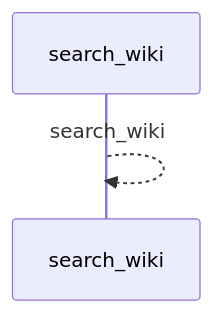
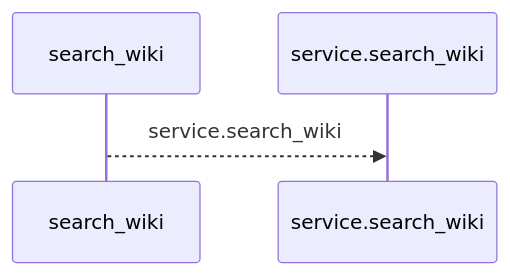
One commit to Denissvgn/python-wiki-llm changed the first of 2 diagrams in docs/llm_wiki/flows/mcp-search_wiki.md. Above: the diagram before and after it, drawn with Mermaid. The commit also changed other lines of this file and 719 other files, not shown here.

````diff
--- a/docs/llm_wiki/flows/mcp-search_wiki.md
+++ b/docs/llm_wiki/flows/mcp-search_wiki.md
@@ -10,5 +10,6 @@
 ```mermaid
 sequenceDiagram
     participant p0 as search_wiki
-    p0-->>p0: search_wiki
+    participant p1 as service.search_wiki
+    p0-->>p1: service.search_wiki
 ```
````
